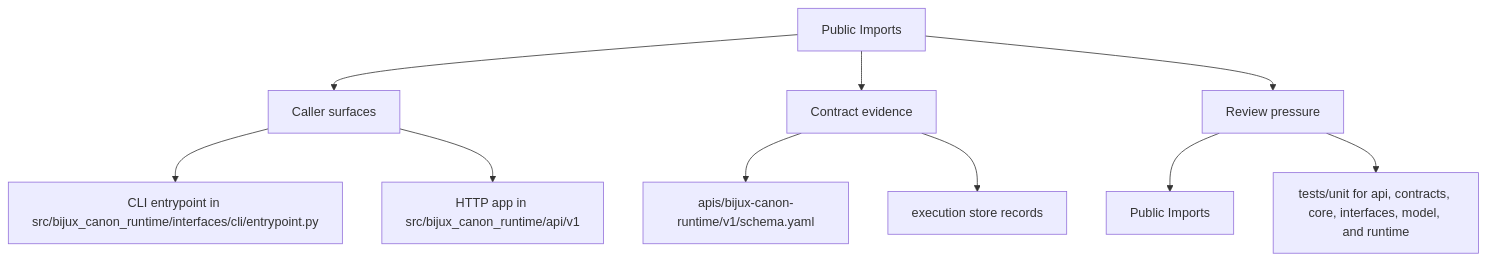
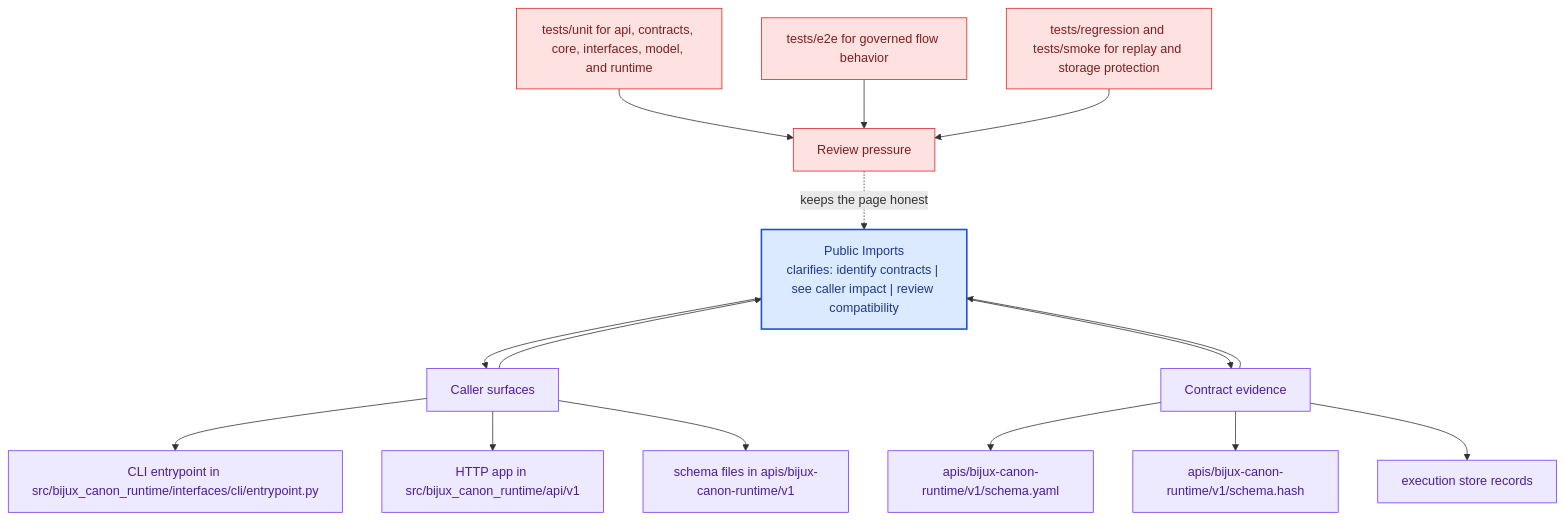
Before and after one commit to bijux/bijux-canon: the second of 2 diagrams in docs/bijux-canon-runtime/interfaces/public-imports.md, drawn with Mermaid. The commit also changed other lines of this file and 281 other files, not shown here.

Commit message:
docs(diagrams): deepen handbook mermaid maps across the catalog

````diff
--- a/docs/bijux-canon-runtime/interfaces/public-imports.md
+++ b/docs/bijux-canon-runtime/interfaces/public-imports.md
@@ -35,22 +68,41 @@
 ```mermaid
-flowchart TD
-    page["Public Imports"]
+flowchart TB
+    promise["Public Imports<br/>clarifies: identify contracts | see caller impact | review compatibility"]
+    classDef promise fill:#dbeafe,stroke:#1d4ed8,color:#1e3a8a,stroke-width:2px;
+    classDef driver fill:#dcfce7,stroke:#16a34a,color:#14532d;
+    classDef constraint fill:#fee2e2,stroke:#dc2626,color:#7f1d1d;
+    classDef ground fill:#ede9fe,stroke:#7c3aed,color:#4c1d95;
     focus1["Caller surfaces"]
-    page --> focus1
+    focus1 --> promise
+    promise --> focus1
     focus1_1["CLI entrypoint in src/bijux_canon_runtime/interfaces/cli/entrypoint.py"]
     focus1 --> focus1_1
     focus1_2["HTTP app in src/bijux_canon_runtime/api/v1"]
     focus1 --> focus1_2
+    focus1_3["schema files in apis/bijux-canon-runtime/v1"]
+    focus1 --> focus1_3
+    class focus1 ground;
+    class focus1_1,focus1_2,focus1_3 ground;
     focus2["Contract evidence"]
-    page --> focus2
+    focus2 --> promise
+    promise --> focus2
     focus2_1["apis/bijux-canon-runtime/v1/schema.yaml"]
     focus2 --> focus2_1
-    focus2_2["execution store records"]
+    focus2_2["apis/bijux-canon-runtime/v1/schema.hash"]
     focus2 --> focus2_2
+    focus2_3["execution store records"]
+    focus2 --> focus2_3
+    class focus2 ground;
+    class focus2_1,focus2_2,focus2_3 ground;
     focus3["Review pressure"]
-    page --> focus3
-    focus3_1["Public Imports"]
-    focus3 --> focus3_1
-    focus3_2["tests/unit for api, contracts, core, interfaces, model, and runtime"]
-    focus3 --> focus3_2
+    focus3 -.keeps the page honest.-> promise
+    focus3_1["tests/unit for api, contracts, core, interfaces, model, and runtime"]
+    focus3_1 --> focus3
+    focus3_2["tests/e2e for governed flow behavior"]
+    focus3_2 --> focus3
+    focus3_3["tests/regression and tests/smoke for replay and storage protection"]
+    focus3_3 --> focus3
+    class focus3 constraint;
+    class focus3_1,focus3_2,focus3_3 constraint;
+    class promise promise;
 ```
````
